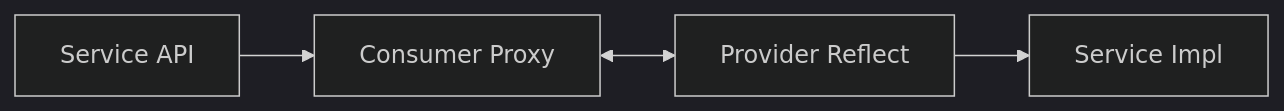
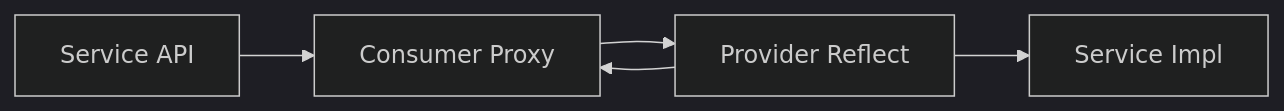
Before and after one commit to lawlient/notes: the diagram in network/rpc/intro.md, drawn with Mermaid (dark theme). The commit also changed other lines of this file, not shown here.

Commit message:
modify rpc introduction

````diff
--- a/network/rpc/intro.md
+++ b/network/rpc/intro.md
@@ -4,6 +4,7 @@
 ```mermaid
 graph LR
 A[Service API] --> B[Consumer Proxy]
-B <--> C[Provider Reflect]
+B --> C[Provider Reflect]
+C --> B
 C --> D[Service Impl]
 ```
````
